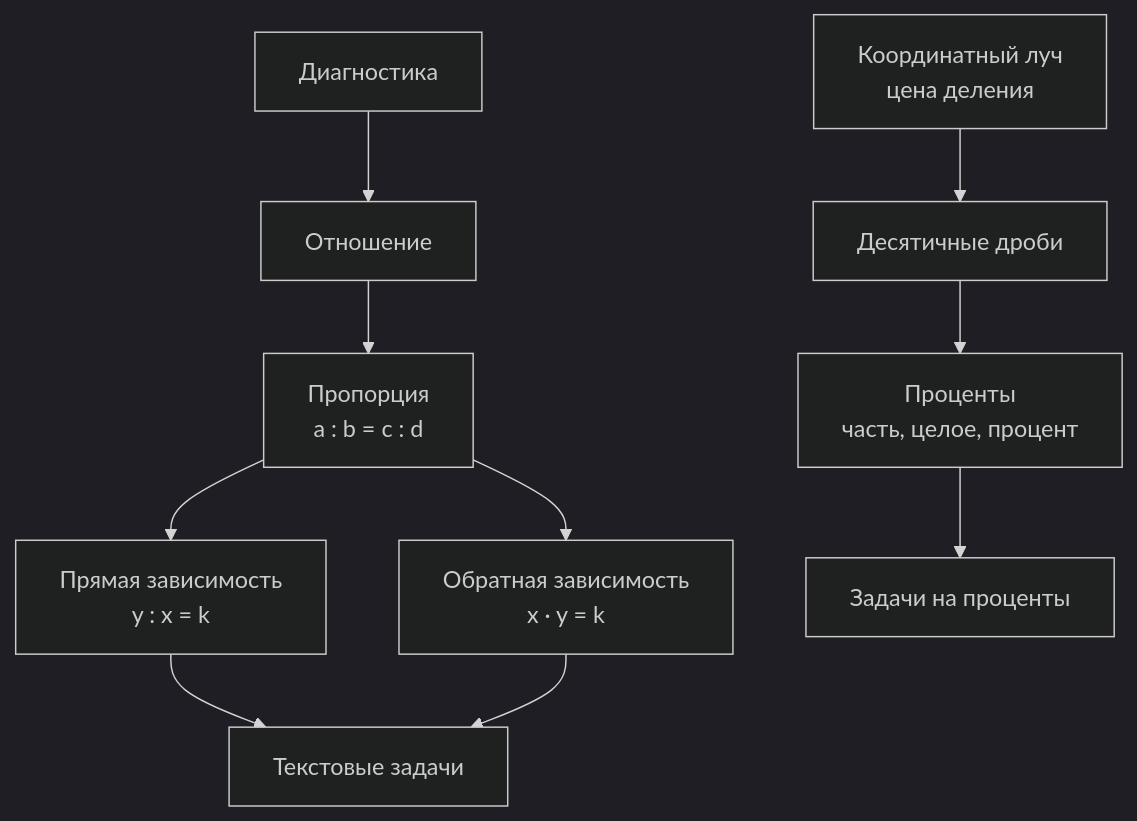
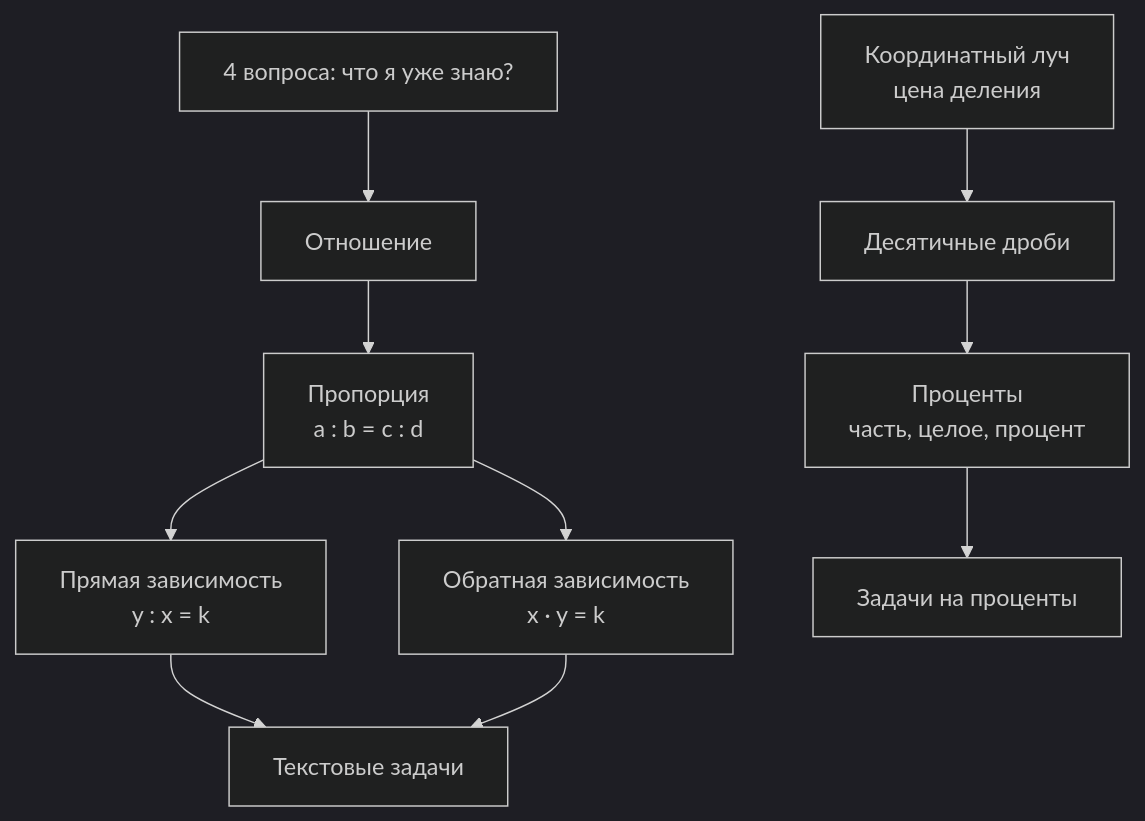
Before and after one commit to shulgaop/math-trainers: the third of 3 diagrams in docs/GRAPHS.md, drawn with Mermaid (dark theme). The commit also changed other lines of this file and 5 other files, not shown here.

````diff
--- a/docs/GRAPHS.md
+++ b/docs/GRAPHS.md
@@ -44,13 +44,13 @@
 ```mermaid
 flowchart TD
-    START["Диагностика"] --> RATIO["Отношение"]
+    START["4 вопроса: что я уже знаю?"] --> RATIO["Отношение"]
     RATIO --> PROPORTION["Пропорция<br>a : b = c : d"]
     PROPORTION --> DIRECT["Прямая зависимость<br>y : x = k"]
     PROPORTION --> INVERSE["Обратная зависимость<br>x · y = k"]
     DIRECT --> PRACTICE["Текстовые задачи"]
     INVERSE --> PRACTICE
 
     RAY["Координатный луч<br>цена деления"] --> DECIMAL["Десятичные дроби"]
     DECIMAL --> PERCENT["Проценты<br>часть, целое, процент"]
     PERCENT --> PERCENT_PRACTICE["Задачи на проценты"]
 ```
````
